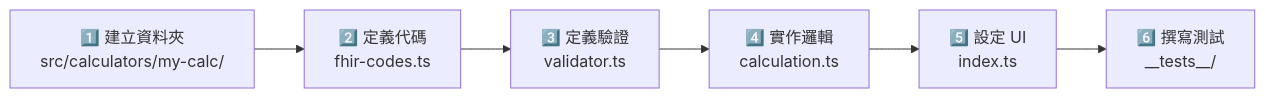
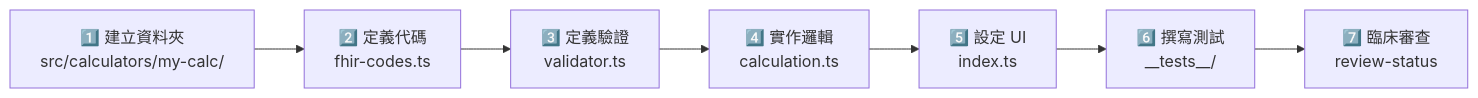
Before and after one commit to Lusnaker0730/MEDCALCEHR: the second of 2 diagrams in README.md, drawn with Mermaid. The commit also changed other lines of this file and 32 other files, not shown here.

````diff
--- a/README.md
+++ b/README.md
@@ -461,8 +579,9 @@
 ```mermaid
 flowchart LR
     A["1️⃣ 建立資料夾<br/>src/calculators/my-calc/"] --> B["2️⃣ 定義代碼<br/>fhir-codes.ts"]
     B --> C["3️⃣ 定義驗證<br/>validator.ts"]
     C --> D["4️⃣ 實作邏輯<br/>calculation.ts"]
     D --> E["5️⃣ 設定 UI<br/>index.ts"]
     E --> F["6️⃣ 撰寫測試<br/>__tests__/"]
+    F --> G["7️⃣ 臨床審查<br/>review-status"]
 ```
````
